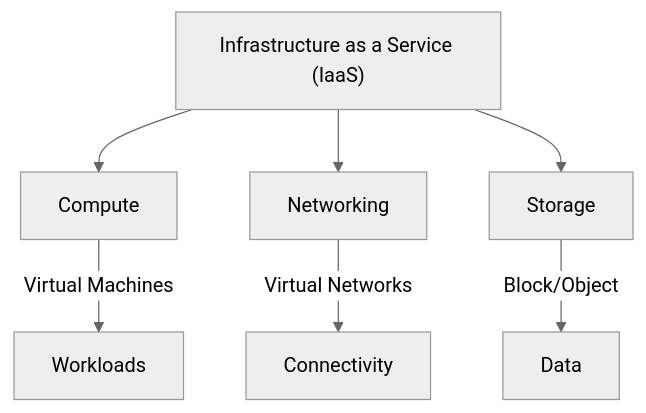
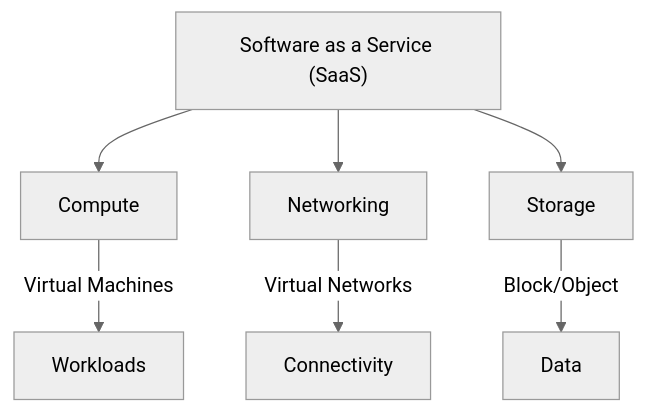
One commit to openkcm/openkcm.github.io changed the first of 2 diagrams in docs/overview/index.md. Above: the diagram before and after it, drawn with Mermaid (neutral theme). The commit also changed other lines of this file and 30 other files, not shown here.

````diff
--- a/docs/overview/index.md
+++ b/docs/overview/index.md
@@ -13,12 +13,12 @@
 ```mermaid
 graph TD
-    A["Infrastructure as a Service (IaaS)"]
+    A["Software as a Service (SaaS)"]
     
     A --> D[Compute]
     A --> E[Networking]
     A --> F[Storage]
     
     D -->|Virtual Machines| J[Workloads]
     E -->|Virtual Networks| K[Connectivity]
     F -->|Block/Object| L[Data]
 ```
````
